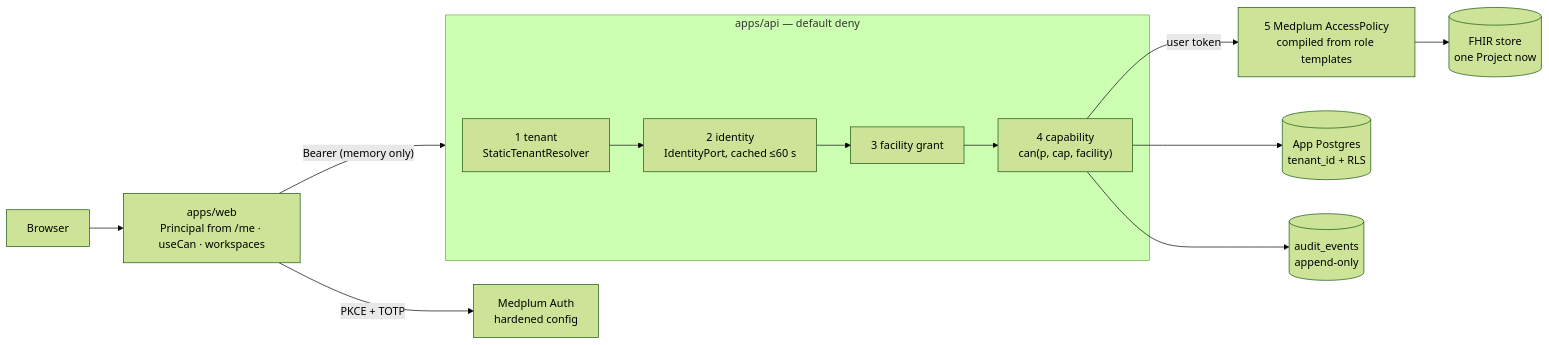
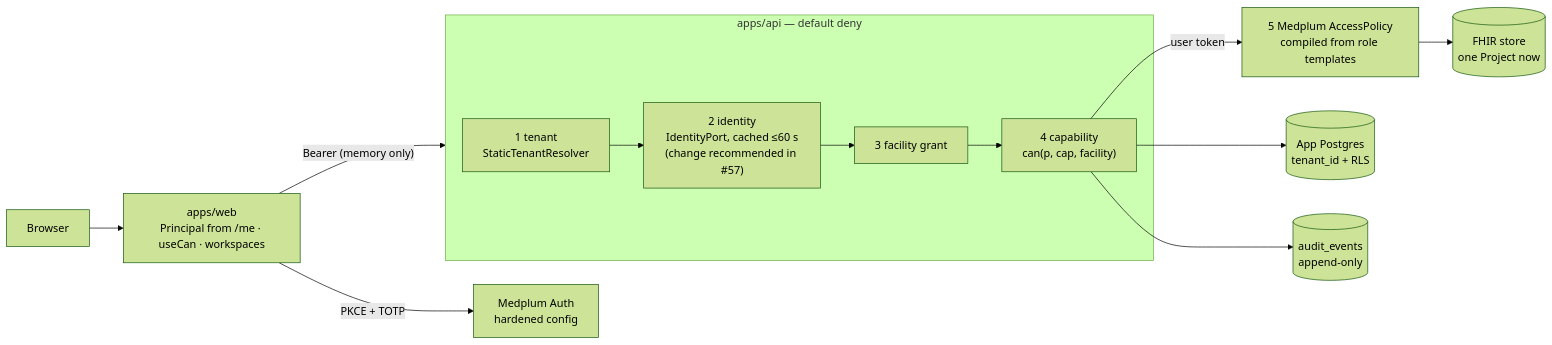
Before and after one commit to imRahul05/ASC-EHR: the second of 6 diagrams in docs/plan/iam/before-after-architecture.md, drawn with Mermaid (forest theme). The commit also changed 4 other files, not shown here.

````diff
--- a/docs/plan/iam/before-after-architecture.md
+++ b/docs/plan/iam/before-after-architecture.md
@@ -21,13 +21,13 @@
 ```mermaid
 flowchart LR
     U["Browser"] --> W["apps/web<br/>Principal from /me · useCan · workspaces"]
     W -->|"PKCE + TOTP"| MA["Medplum Auth<br/>hardened config"]
     W -->|"Bearer (memory only)"| API
     subgraph API ["apps/api — default deny"]
-        G1["1 tenant<br/>StaticTenantResolver"] --> G2["2 identity<br/>IdentityPort, cached ≤60 s"] --> G3["3 facility grant"] --> G4["4 capability<br/>can(p, cap, facility)"]
+        G1["1 tenant<br/>StaticTenantResolver"] --> G2["2 identity<br/>IdentityPort, cached ≤60 s<br/>(change recommended in #57)"] --> G3["3 facility grant"] --> G4["4 capability<br/>can(p, cap, facility)"]
     end
     G4 -->|"user token"| G5["5 Medplum AccessPolicy<br/>compiled from role templates"]
     G5 --> FHIR[("FHIR store<br/>one Project now")]
     G4 --> PG[("App Postgres<br/>tenant_id + RLS")]
     G4 --> AUD[("audit_events<br/>append-only")]
 ```
````
